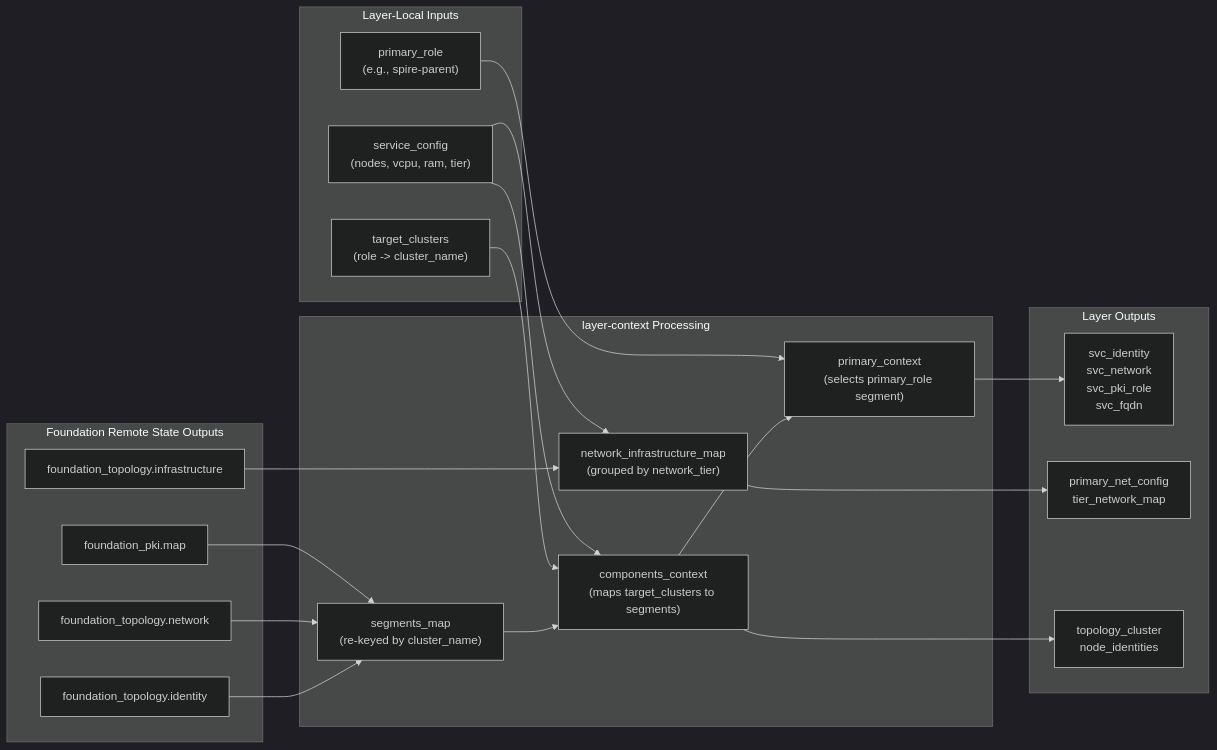
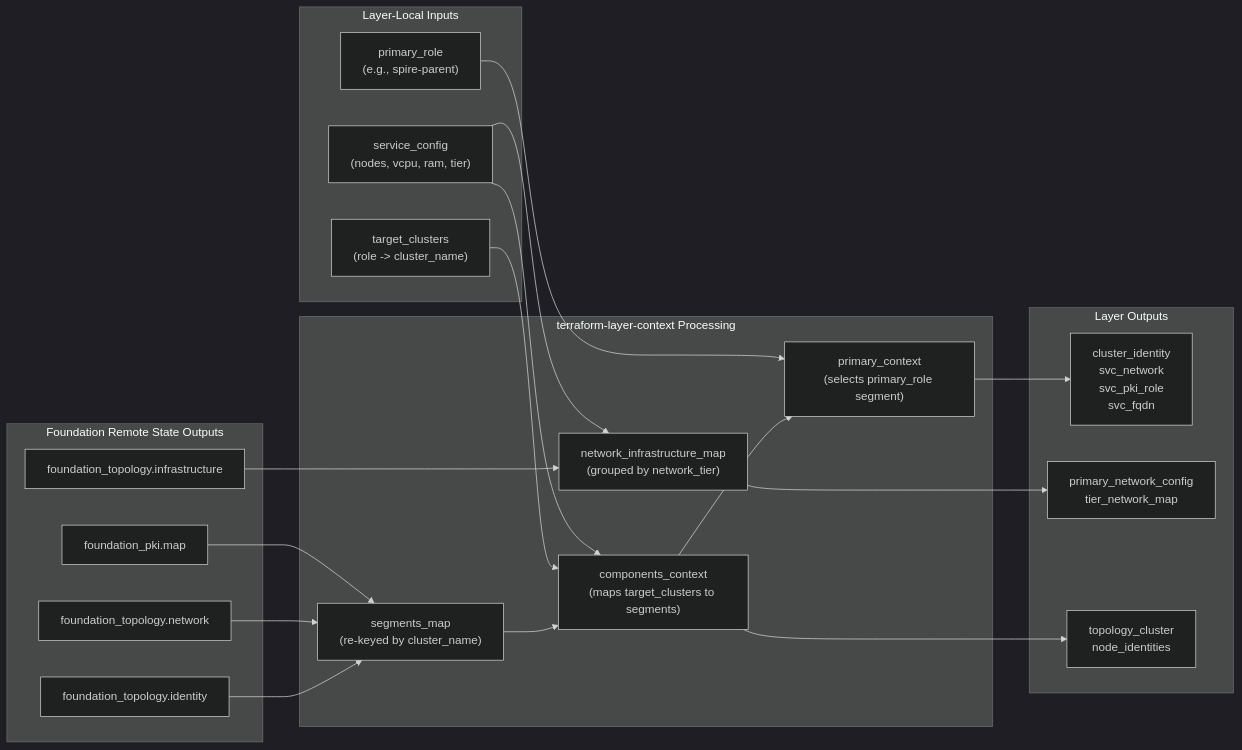
One commit to csning1998/meta-platform changed the second of 3 diagrams in documentation/architecture/kvm-provisioning-pipeline.md. Above: the diagram before and after it, drawn with Mermaid (dark theme). The commit also changed other lines of this file and 2 other files, not shown here.

Commit message:
docs: add Terraform operations to README and align the lexicon with the naming standard

````diff
--- a/documentation/architecture/kvm-provisioning-pipeline.md
+++ b/documentation/architecture/kvm-provisioning-pipeline.md
@@ -208,41 +208,41 @@
 ```mermaid
 flowchart LR
     subgraph FOUNDATION_INPUTS ["Foundation Remote State Outputs"]
         G_ID["foundation_topology.identity"]
         G_NET["foundation_topology.network"]
         G_PKI["foundation_pki.map"]
         INF_MAP["foundation_topology.infrastructure"]
     end
 
     subgraph LAYER_VARS ["Layer-Local Inputs"]
         TC["target_clusters\n(role -> cluster_name)"]
         PR["primary_role\n(e.g., spire-parent)"]
         SC["service_config\n(nodes, vcpu, ram, tier)"]
     end
 
-    subgraph LC_TRANSFORM ["layer-context Processing"]
+    subgraph LC_TRANSFORM ["terraform-layer-context Processing"]
         SEGM["segments_map\n(re-keyed by cluster_name)"]
         COMP_CTX["components_context\n(maps target_clusters to segments)"]
         PRIM_CTX["primary_context\n(selects primary_role segment)"]
         NET_TIER["network_infrastructure_map\n(grouped by network_tier)"]
     end
 
     subgraph LC_EXPORTS ["Layer Outputs"]
-        SVC_OUT["svc_identity\nsvc_network\nsvc_pki_role\nsvc_fqdn"]
-        NET_OUT["primary_net_config\ntier_network_map"]
+        SVC_OUT["cluster_identity\nsvc_network\nsvc_pki_role\nsvc_fqdn"]
+        NET_OUT["primary_network_config\ntier_network_map"]
         TOP_OUT["topology_cluster\nnode_identities"]
     end
 
     G_ID & G_NET & G_PKI --> SEGM
     SEGM --> COMP_CTX
     TC & SC --> COMP_CTX
     COMP_CTX --> PRIM_CTX
     PR --> PRIM_CTX
 
     INF_MAP --> NET_TIER
     SC --> NET_TIER
 
     PRIM_CTX --> SVC_OUT
     NET_TIER --> NET_OUT
     COMP_CTX --> TOP_OUT
 ```
````
